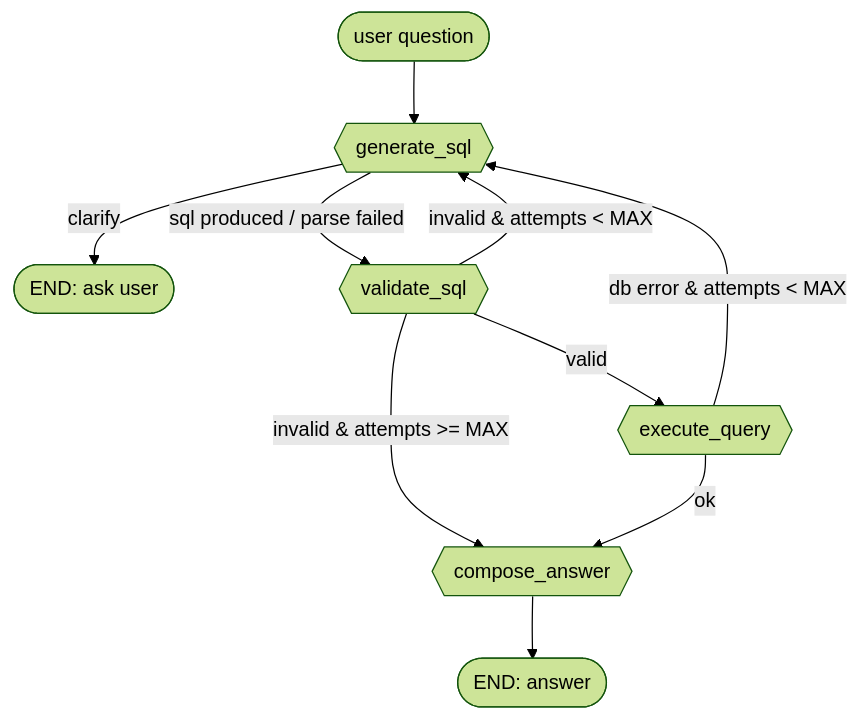
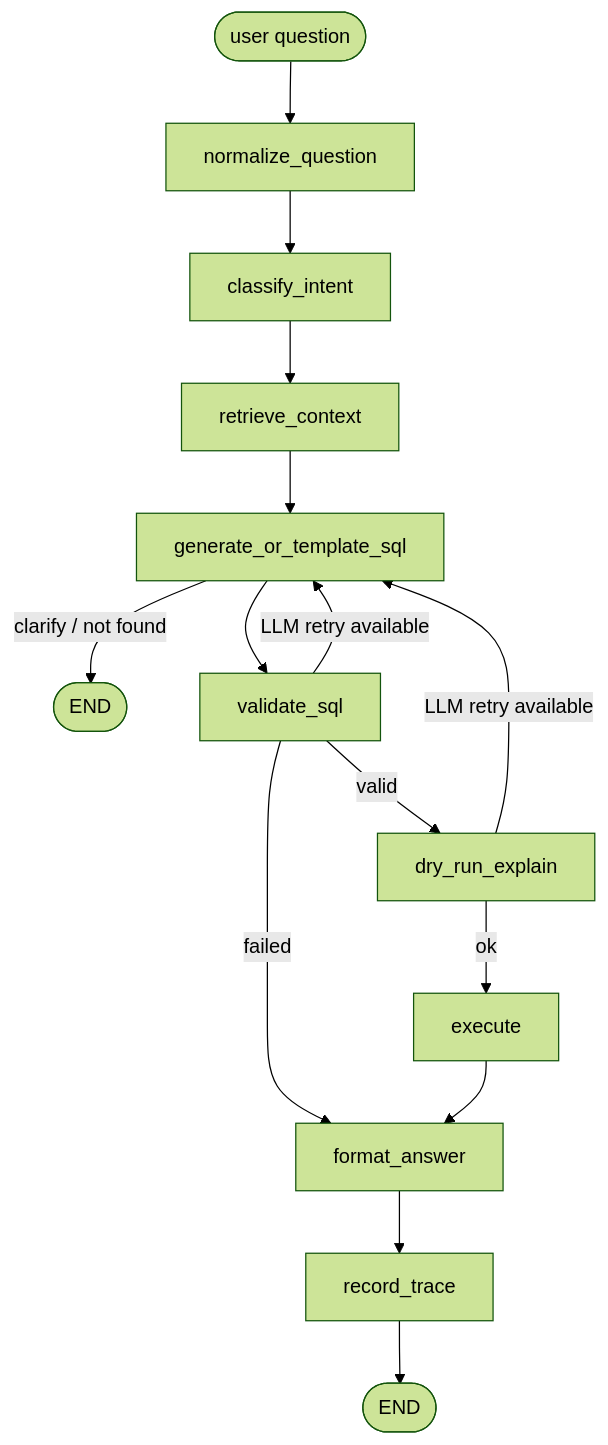
Before and after one commit to EricLin0123/semantic-sql: the diagram in README.md, drawn with Mermaid (forest theme). The commit also changed other lines of this file and 14 other files, not shown here.

````diff
--- a/README.md
+++ b/README.md
@@ -38,16 +32,17 @@
 ```mermaid
 flowchart TD
-    Start([user question]) --> generate_sql
-
-    generate_sql{{generate_sql}} -->|clarify| End([END: ask user])
-    generate_sql -->|sql produced / parse failed| validate_sql{{validate_sql}}
-
-    validate_sql -->|valid| execute_query{{execute_query}}
-    validate_sql -->|invalid & attempts < MAX| generate_sql
-    validate_sql -->|invalid & attempts >= MAX| compose_answer{{compose_answer}}
-
-    execute_query -->|ok| compose_answer
-    execute_query -->|db error & attempts < MAX| generate_sql
-
-    compose_answer --> Done([END: answer])
+    Start([user question]) --> normalize_question
+    normalize_question --> classify_intent
+    classify_intent --> retrieve_context
+    retrieve_context --> generate_or_template_sql
+    generate_or_template_sql -->|clarify / not found| End([END])
+    generate_or_template_sql --> validate_sql
+    validate_sql -->|valid| dry_run_explain
+    validate_sql -->|LLM retry available| generate_or_template_sql
+    validate_sql -->|failed| format_answer
+    dry_run_explain -->|ok| execute
+    dry_run_explain -->|LLM retry available| generate_or_template_sql
+    execute --> format_answer
+    format_answer --> record_trace
+    record_trace --> Done([END])
 ```
````
